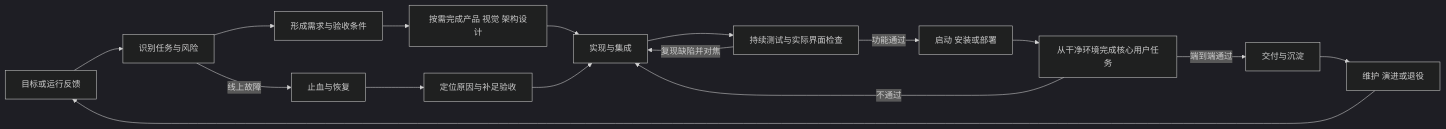
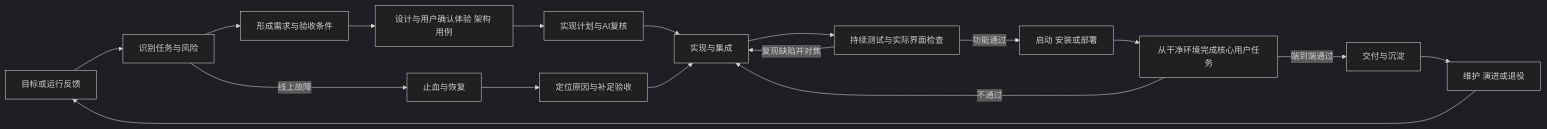
The diagram in skills/dev-flow/references/2026-10-07-development-harness-plan.md (guoshencheng/dev-flow), drawn with Mermaid (dark theme) before and after one commit. The commit also changed other lines of this file and 11 other files, not shown here.

````diff
--- a/skills/dev-flow/references/2026-10-07-development-harness-plan.md
+++ b/skills/dev-flow/references/2026-10-07-development-harness-plan.md
@@ -108,18 +110,19 @@
 ```mermaid
 flowchart LR
     A[目标或运行反馈] --> B[识别任务与风险]
     B --> C[形成需求与验收条件]
-    C --> D[按需完成产品 视觉 架构设计]
-    D --> E[实现与集成]
+    C --> D[设计与用户确认体验 架构 用例]
+    D --> P[实现计划与AI复核]
+    P --> E[实现与集成]
     E --> F[持续测试与实际界面检查]
     F -->|复现缺陷并对焦| E
     F -->|功能通过| G[启动 安装或部署]
     G --> K1[从干净环境完成核心用户任务]
     K1 -->|不通过| E
     K1 -->|端到端通过| H[交付与沉淀]
     H --> I[维护 演进或退役]
     I --> A
     B -->|线上故障| J[止血与恢复]
     J --> K[定位原因与补足验收]
     K --> E
 ```
````
